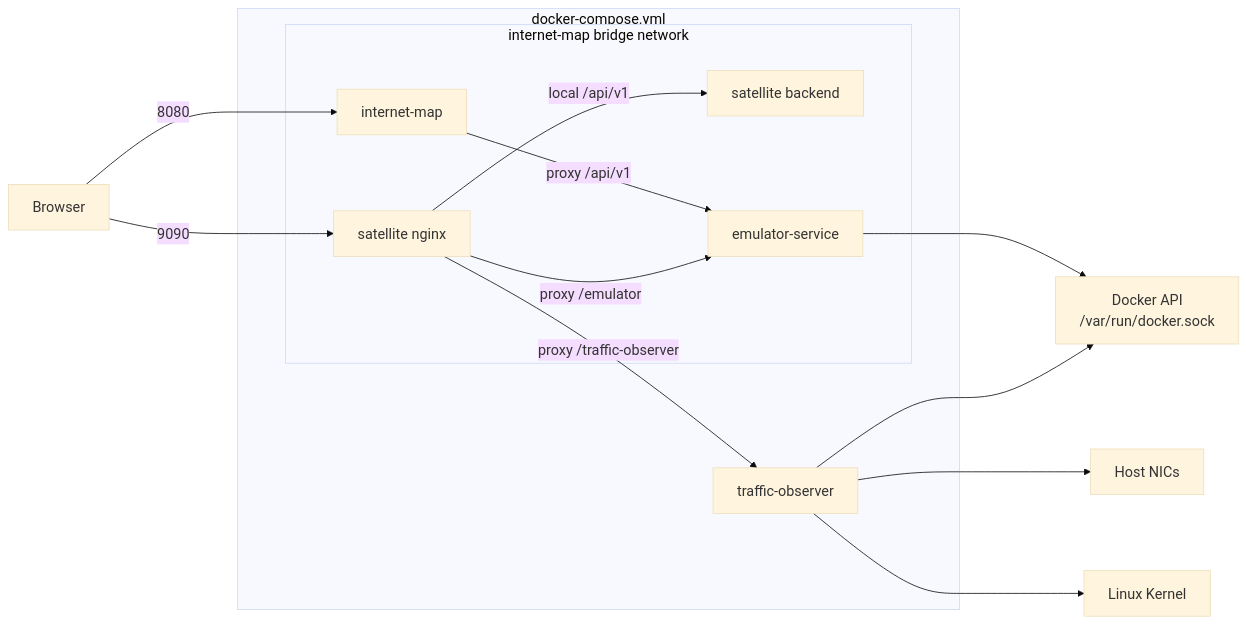
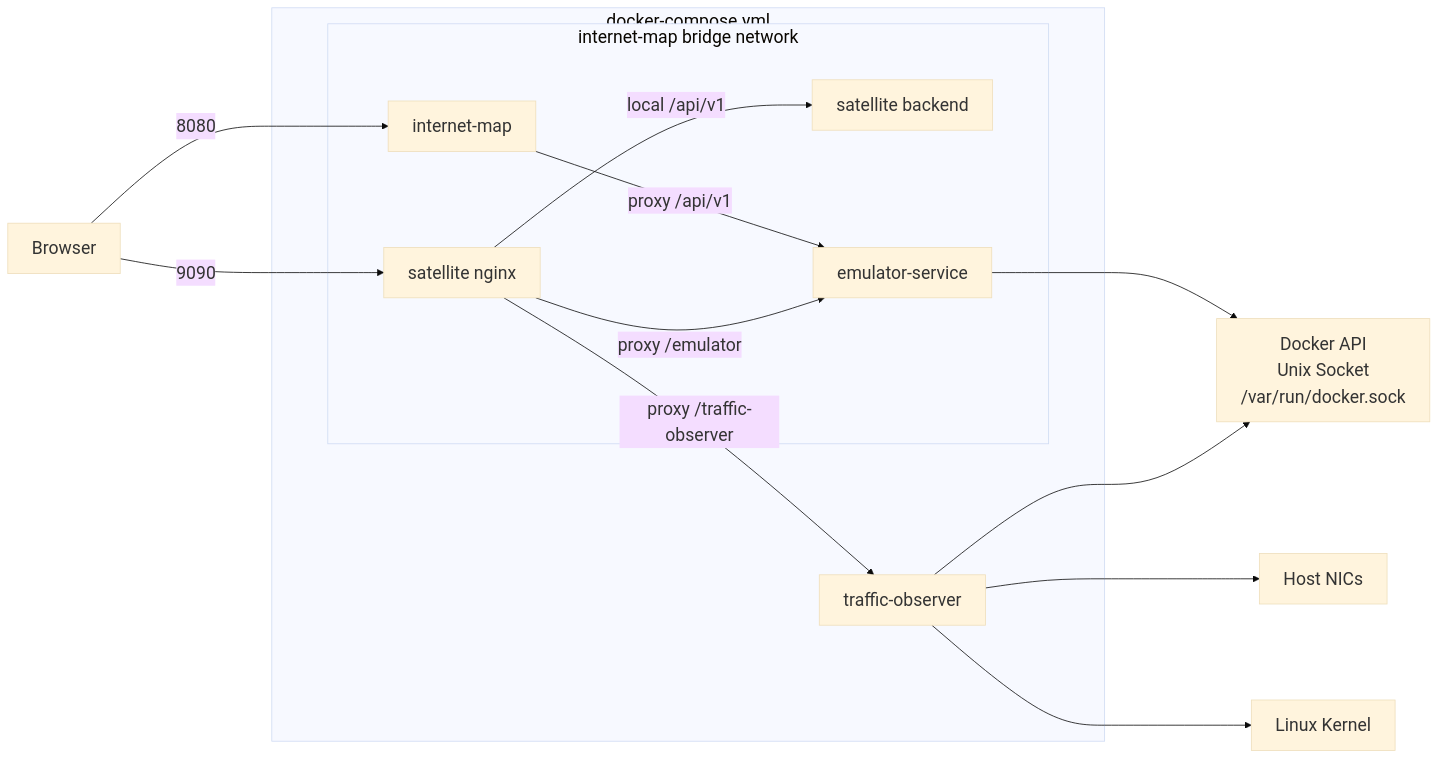
Before and after one commit to cy-gitlab/seed-visualization: the second of 10 diagrams in docs/architecture.md, drawn with Mermaid. The commit also changed other lines of this file, not shown here.

````diff
--- a/docs/architecture.md
+++ b/docs/architecture.md
@@ -48,33 +48,33 @@
 ```mermaid
-%%{init: {"theme": "base", "themeVariables": {"fontSize": "18px", "fontFamily": "Arial, Microsoft YaHei, sans-serif"}, "flowchart": {"htmlLabels": true, "nodeSpacing": 95, "rankSpacing": 120, "curve": "basis"}} }%%
+%%{init: {"theme": "base", "themeVariables": {"fontSize": "22px", "fontFamily": "Arial, Microsoft YaHei, sans-serif"}, "flowchart": {"htmlLabels": true, "nodeSpacing": 120, "rankSpacing": 140, "diagramPadding": 36, "wrappingWidth": 180, "curve": "basis"}} }%%
 flowchart LR
   Browser["Browser"]
 
   subgraph Compose["docker-compose.yml"]
     subgraph Net["internet-map bridge network"]
       InternetMapC["internet-map"]
       SatelliteNginx["satellite nginx"]
       SatelliteBackend["satellite backend"]
       EmulatorC["emulator-service"]
     end
 
     TrafficC["traffic-observer"]
   end
 
-  DockerAPI["Docker API<br/>/var/run/docker.sock"]
+  DockerAPI["Docker API<br/>Unix Socket<br/>/var/run/docker.sock"]
   HostNet["Host NICs"]
   Kernel["Linux Kernel"]
 
   Browser -->|"8080"| InternetMapC
   Browser -->|"9090"| SatelliteNginx
 
   InternetMapC -->|"proxy /api/v1"| EmulatorC
   SatelliteNginx -->|"local /api/v1"| SatelliteBackend
   SatelliteNginx -->|"proxy /emulator"| EmulatorC
   SatelliteNginx -->|"proxy /traffic-observer"| TrafficC
 
   EmulatorC --> DockerAPI
   TrafficC --> DockerAPI
   TrafficC --> HostNet
   TrafficC --> Kernel
 ```
````
